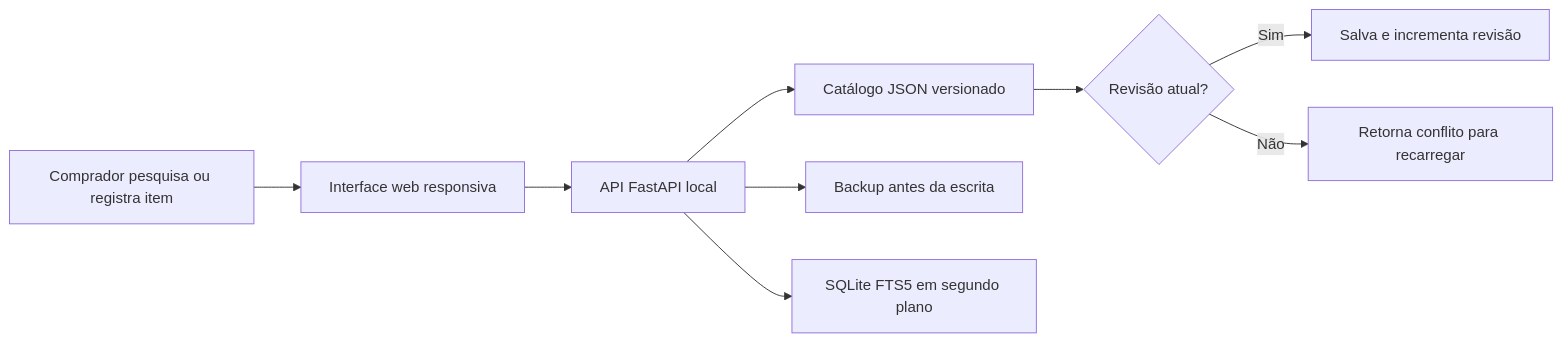
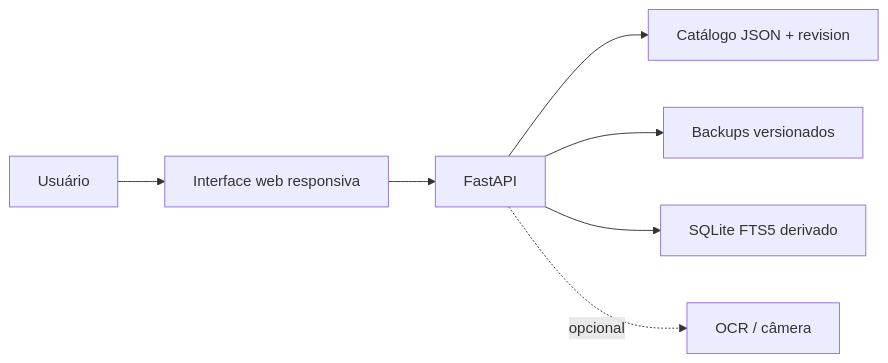
Before and after one commit to Mayconxzdev/PlanilhaCompras: the diagram in README.md, drawn with Mermaid. The commit also changed other lines of this file and 8 other files, not shown here.

````diff
--- a/README.md
+++ b/README.md
@@ -37,11 +54,9 @@
 ```mermaid
 flowchart LR
-  A[Comprador pesquisa ou registra item] --> B[Interface web responsiva]
-  B --> C[API FastAPI local]
-  C --> D[Catálogo JSON versionado]
-  C --> E[Backup antes da escrita]
-  C --> F[SQLite FTS5 em segundo plano]
-  D --> G{Revisão atual?}
-  G -- Sim --> H[Salva e incrementa revisão]
-  G -- Não --> I[Retorna conflito para recarregar]
+  U[Usuário] --> UI[Interface web responsiva]
+  UI --> API[FastAPI]
+  API --> JSON[Catálogo JSON + revision]
+  API --> BK[Backups versionados]
+  API --> IDX[SQLite FTS5 derivado]
+  API -. opcional .-> OCR[OCR / câmera]
 ```
````
